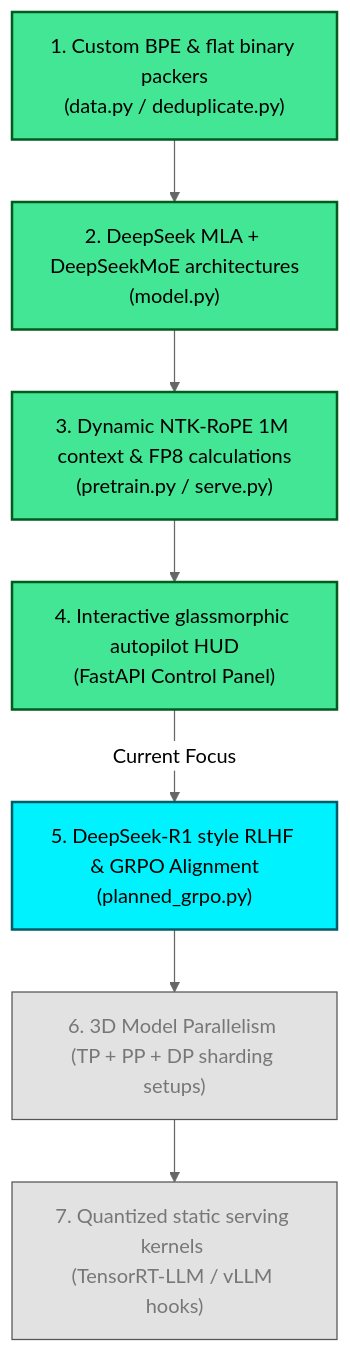
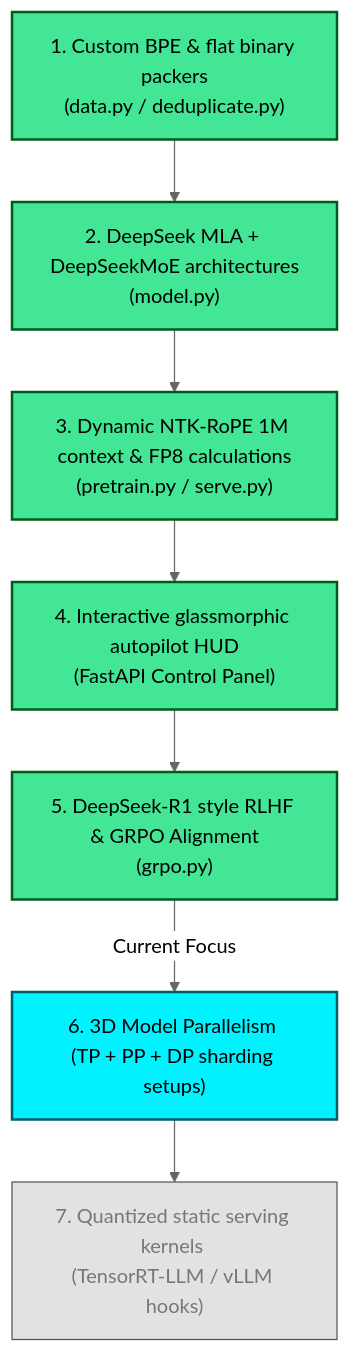
Before and after one commit to ifnodoraemon/nano-llm: the sixth of 6 diagrams in README.md, drawn with Mermaid (neutral theme). The commit also changed other lines of this file and 4 other files, not shown here.

Commit message:
feat: implement pure PyTorch DeepSeek-R1 GRPO alignment loop and unit tests, updating all roadmap blueprints

````diff
--- a/README.md
+++ b/README.md
@@ -169,19 +176,20 @@
 ```mermaid
 graph TD
     classDef comp fill:#42e695,stroke:#005c1e,stroke-width:2px,color:#000;
     classDef active fill:#00f2fe,stroke:#005c66,stroke-width:2px,color:#000;
     classDef planned fill:#e2e2e2,stroke:#555,stroke-width:1px,color:#777;
 
     C1["1. Custom BPE & flat binary packers<br>(data.py / deduplicate.py)"]:::comp
     C2["2. DeepSeek MLA + DeepSeekMoE architectures<br>(model.py)"]:::comp
     C3["3. Dynamic NTK-RoPE 1M context & FP8 calculations<br>(pretrain.py / serve.py)"]:::comp
     C4["4. Interactive glassmorphic autopilot HUD<br>(FastAPI Control Panel)"]:::comp
+    C5["5. DeepSeek-R1 style RLHF & GRPO Alignment<br>(grpo.py)"]:::comp
     
-    P1["5. DeepSeek-R1 style RLHF & GRPO Alignment<br>(planned_grpo.py)"]:::active
-    P2["6. 3D Model Parallelism <br>(TP + PP + DP sharding setups)"]:::planned
-    P3["7. Quantized static serving kernels <br>(TensorRT-LLM / vLLM hooks)"]:::planned
+    %% Planned milestones
+    P1["6. 3D Model Parallelism <br>(TP + PP + DP sharding setups)"]:::active
+    P2["7. Quantized static serving kernels <br>(TensorRT-LLM / vLLM hooks)"]:::planned
     
-    C1 --> C2 --> C3 --> C4
-    C4 -->|Current Focus| P1
-    P1 --> P2 --> P3
+    C1 --> C2 --> C3 --> C4 --> C5
+    C5 -->|Current Focus| P1
+    P1 --> P2
 ```
````
